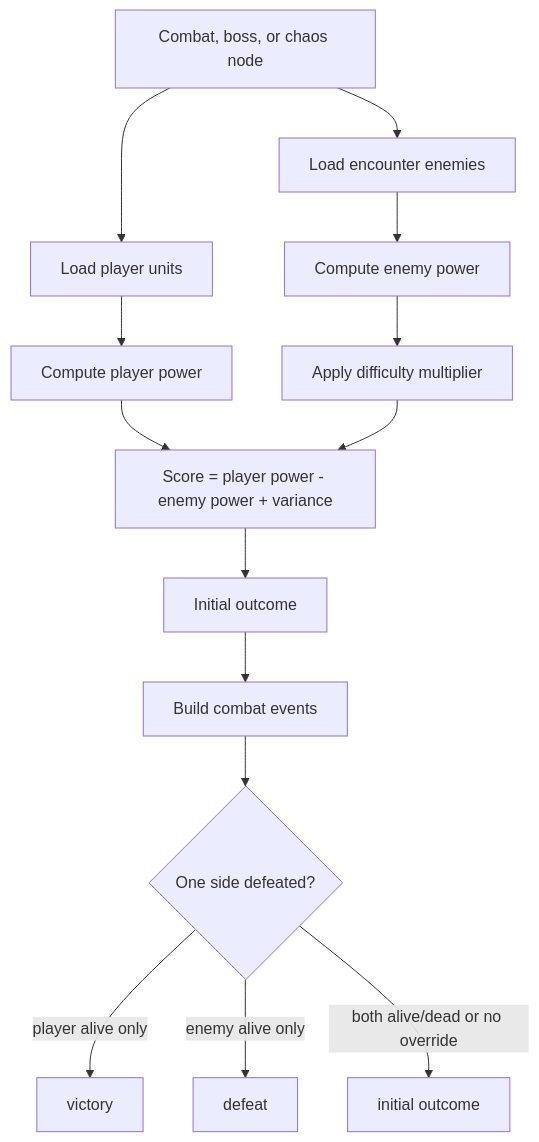
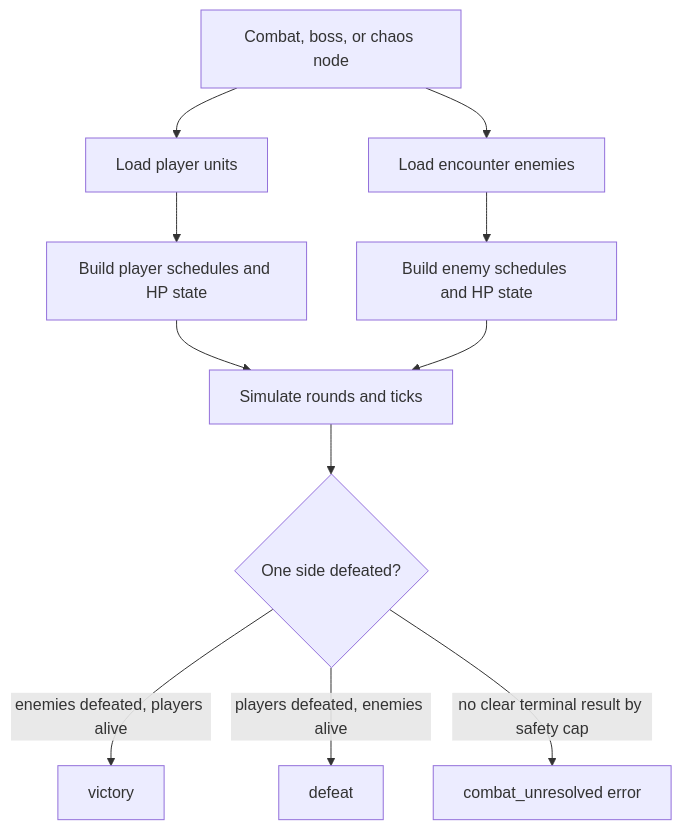
The second of 3 diagrams in documentation/09-active-system-structure/03-combat-resolution.md (NickGrant/DiceGoblin), drawn with Mermaid before and after one commit. The commit also changed other lines of this file and 2 other files, not shown here.

Commit message:
Resolve combat outcomes from events

````diff
--- a/documentation/09-active-system-structure/03-combat-resolution.md
+++ b/documentation/09-active-system-structure/03-combat-resolution.md
@@ -55,16 +55,13 @@
 ```mermaid
 flowchart TD
   A[Combat, boss, or chaos node] --> B[Load player units]
   A --> C[Load encounter enemies]
-  B --> D[Compute player power]
-  C --> E[Compute enemy power]
-  E --> F[Apply difficulty multiplier]
-  D --> G[Score = player power - enemy power + variance]
-  F --> G
-  G --> H[Initial outcome]
-  H --> I[Build combat events]
-  I --> J{One side defeated?}
-  J -- player alive only --> K[victory]
-  J -- enemy alive only --> L[defeat]
-  J -- both alive/dead or no override --> M[initial outcome]
+  B --> D[Build player schedules and HP state]
+  C --> E[Build enemy schedules and HP state]
+  D --> F[Simulate rounds and ticks]
+  E --> F
+  F --> G{One side defeated?}
+  G -- enemies defeated, players alive --> H[victory]
+  G -- players defeated, enemies alive --> I[defeat]
+  G -- no clear terminal result by safety cap --> J[combat_unresolved error]
 ```
````
